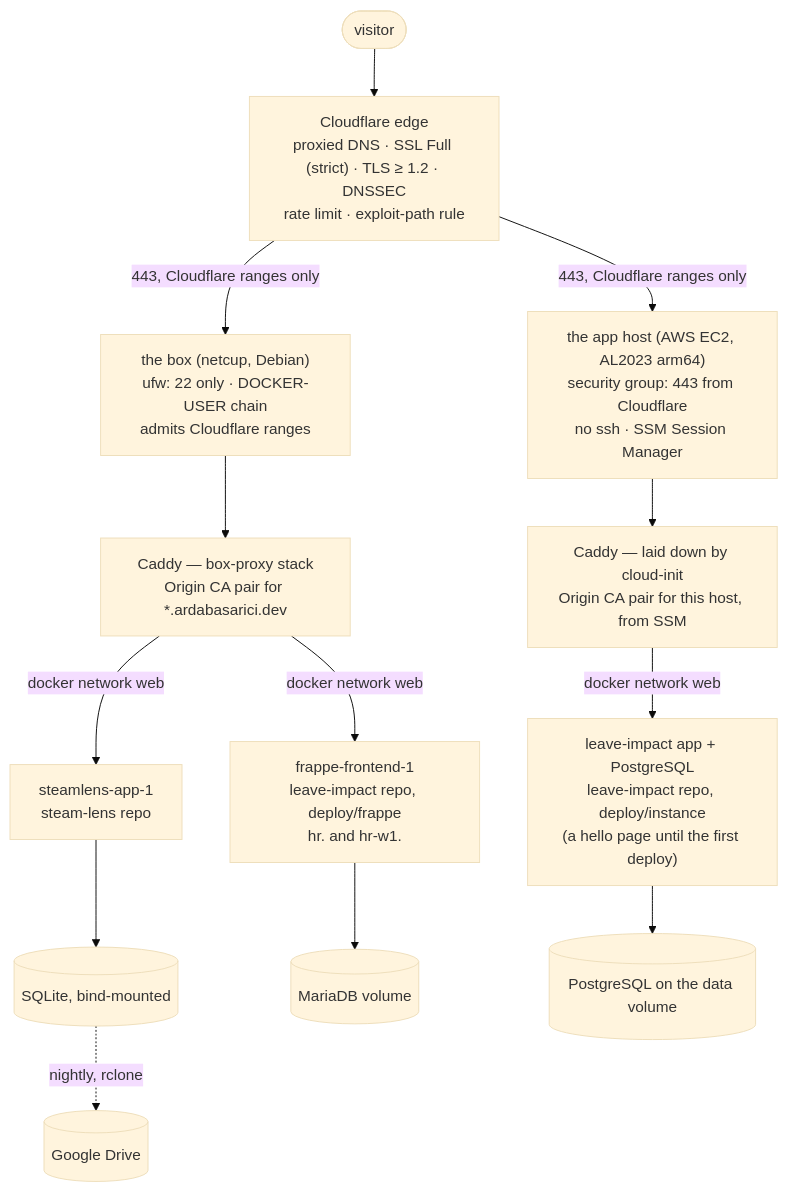
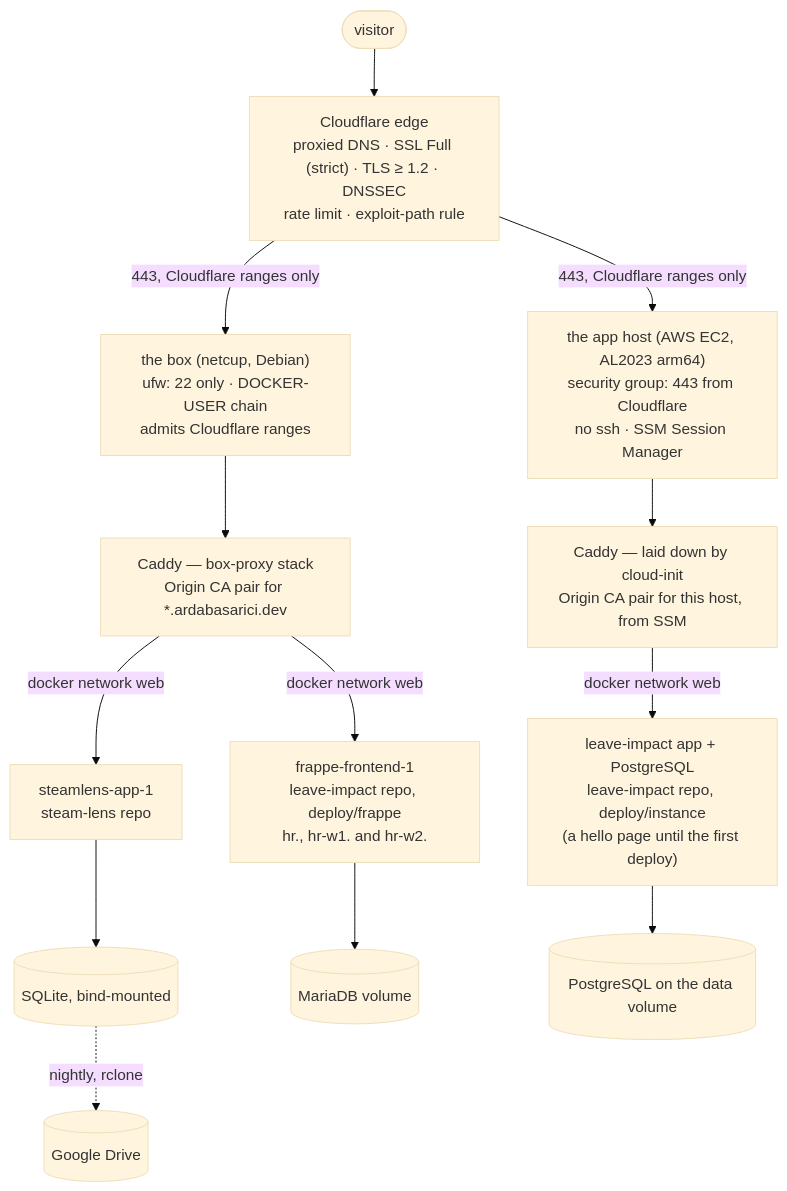
Before and after one commit to arda-basarici/platform: the first of 3 diagrams in ARCHITECTURE.md, drawn with Mermaid (base theme). The commit also changed other lines of this file and 7 other files, not shown here.

````diff
--- a/ARCHITECTURE.md
+++ b/ARCHITECTURE.md
@@ -27,29 +27,29 @@
 ```mermaid
 %%{init: {"flowchart": {"diagramPadding": 150}}}%%
 flowchart TD
     V([visitor]) --> CF["`Cloudflare edge
     proxied DNS · SSL Full (strict) · TLS ≥ 1.2 · DNSSEC
     rate limit · exploit-path rule`"]
     CF -->|"443, Cloudflare ranges only"| FW1["`the box (netcup, Debian)
     ufw: 22 only · DOCKER-USER chain
     admits Cloudflare ranges`"]
     CF -->|"443, Cloudflare ranges only"| FW2["`the app host (AWS EC2, AL2023 arm64)
     security group: 443 from Cloudflare
     no ssh · SSM Session Manager`"]
     FW1 --> C1["`Caddy — box-proxy stack
     Origin CA pair for *.ardabasarici.dev`"]
     FW2 --> C2["`Caddy — laid down by cloud-init
     Origin CA pair for this host, from SSM`"]
     C1 -->|"docker network web"| SL["`steamlens-app-1
     steam-lens repo`"]
     C1 -->|"docker network web"| FR["`frappe-frontend-1
     leave-impact repo, deploy/frappe
-    hr. and hr-w1.`"]
+    hr., hr-w1. and hr-w2.`"]
     C2 -->|"docker network web"| LA["`leave-impact app + PostgreSQL
     leave-impact repo, deploy/instance
     (a hello page until the first deploy)`"]
     SL --> SLDB[("SQLite, bind-mounted")]
     FR --> FRDB[("MariaDB volume")]
     LA --> LADB[("PostgreSQL on the data volume")]
     SLDB -.->|"nightly, rclone"| DRIVE[("Google Drive")]
 ```
````
